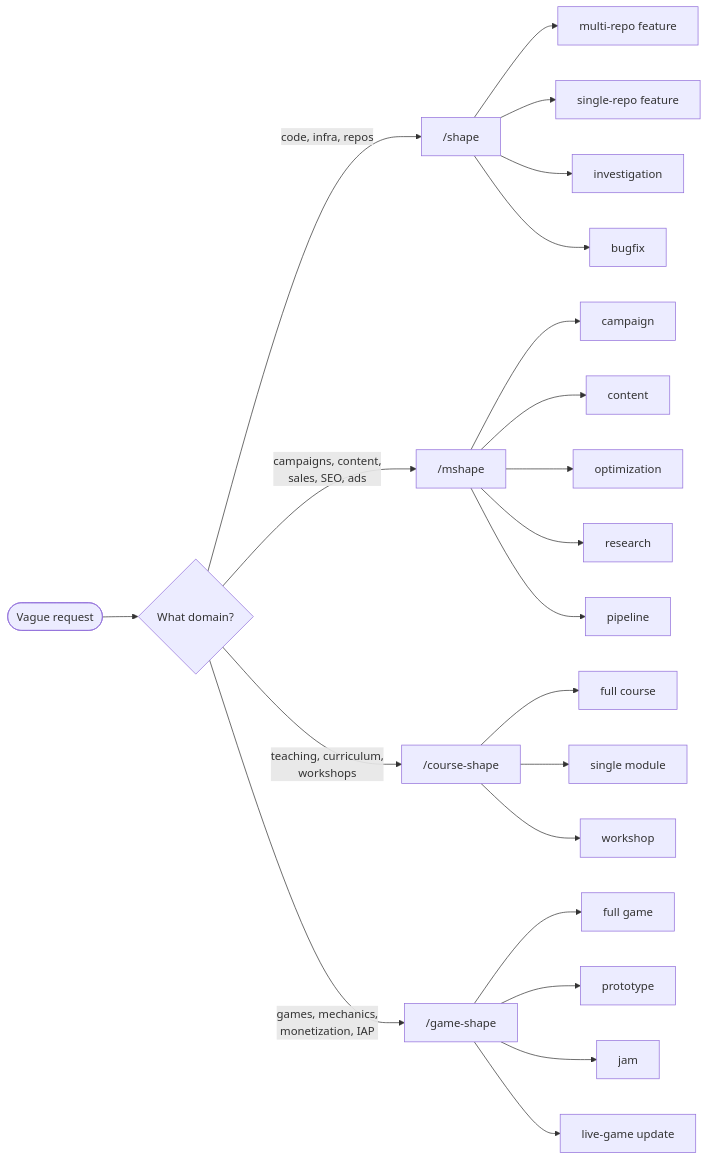
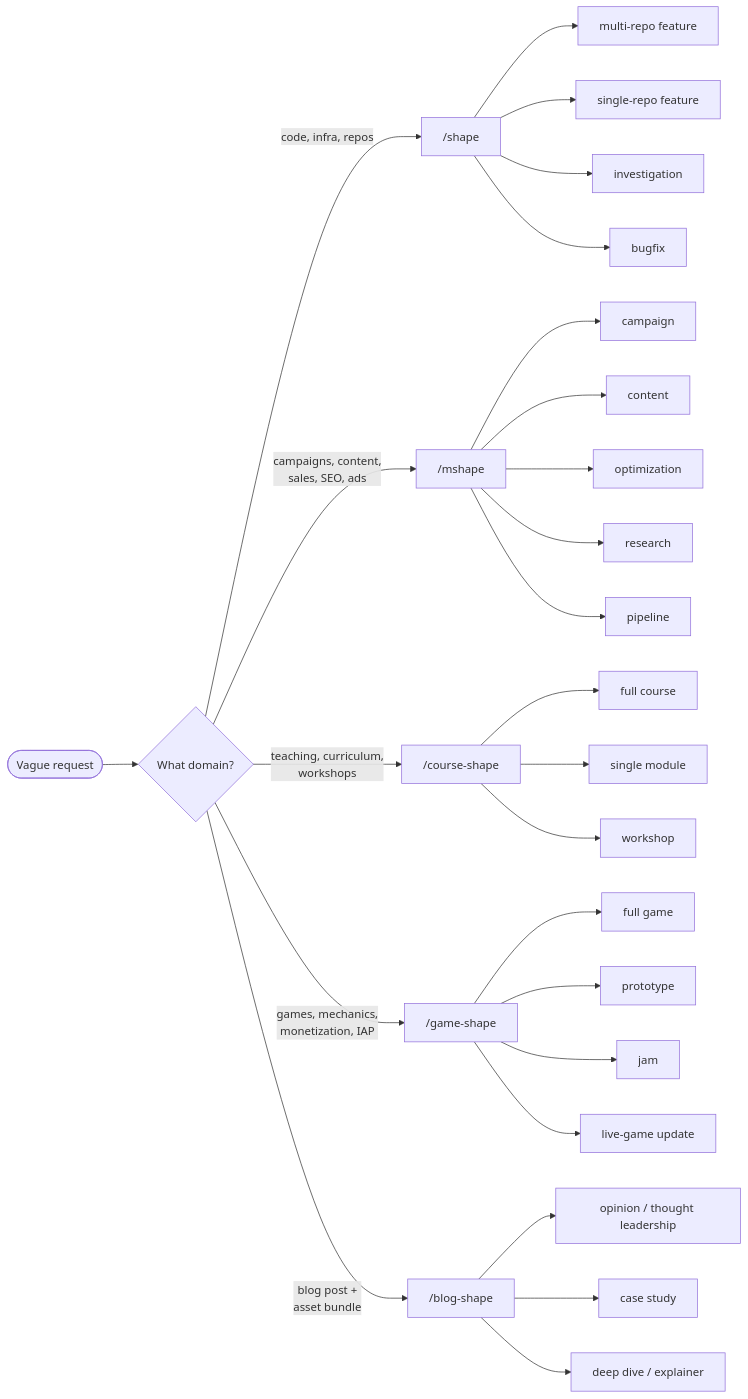
The third of 3 diagrams in SHAPERS.md (LazyIsEfficient/agentic-os), drawn with Mermaid before and after one commit. The commit also changed other lines of this file and 15 other files, not shown here.

````diff
--- a/SHAPERS.md
+++ b/SHAPERS.md
@@ -100,31 +107,36 @@
 ```mermaid
 flowchart LR
     Start(["Vague request"])
     Q1{"What domain?"}
     Start --> Q1
 
     Q1 -->|"code, infra, repos"| PS["/shape"]
     Q1 -->|"campaigns, content,<br/>sales, SEO, ads"| MS["/mshape"]
     Q1 -->|"teaching, curriculum,<br/>workshops"| CS["/course-shape"]
     Q1 -->|"games, mechanics,<br/>monetization, IAP"| GS["/game-shape"]
+    Q1 -->|"blog post +<br/>asset bundle"| BS["/blog-shape"]
 
     PS --> PS1["multi-repo feature"]
     PS --> PS2["single-repo feature"]
     PS --> PS3["investigation"]
     PS --> PS4["bugfix"]
 
     MS --> MS1["campaign"]
     MS --> MS2["content"]
     MS --> MS3["optimization"]
     MS --> MS4["research"]
     MS --> MS5["pipeline"]
 
     CS --> CS1["full course"]
     CS --> CS2["single module"]
     CS --> CS3["workshop"]
 
     GS --> GS1["full game"]
     GS --> GS2["prototype"]
     GS --> GS3["jam"]
     GS --> GS4["live-game update"]
+
+    BS --> BS1["opinion / thought leadership"]
+    BS --> BS2["case study"]
+    BS --> BS3["deep dive / explainer"]
 ```
````
